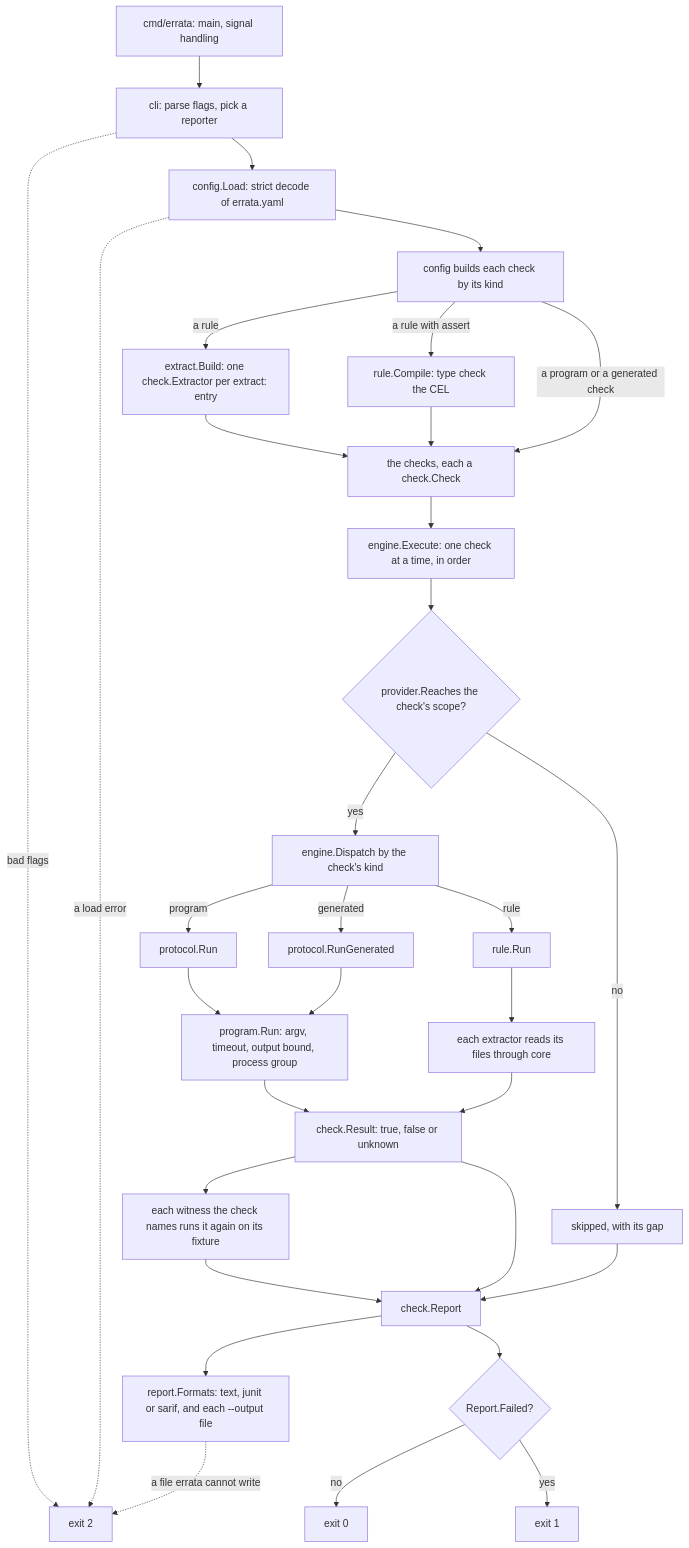
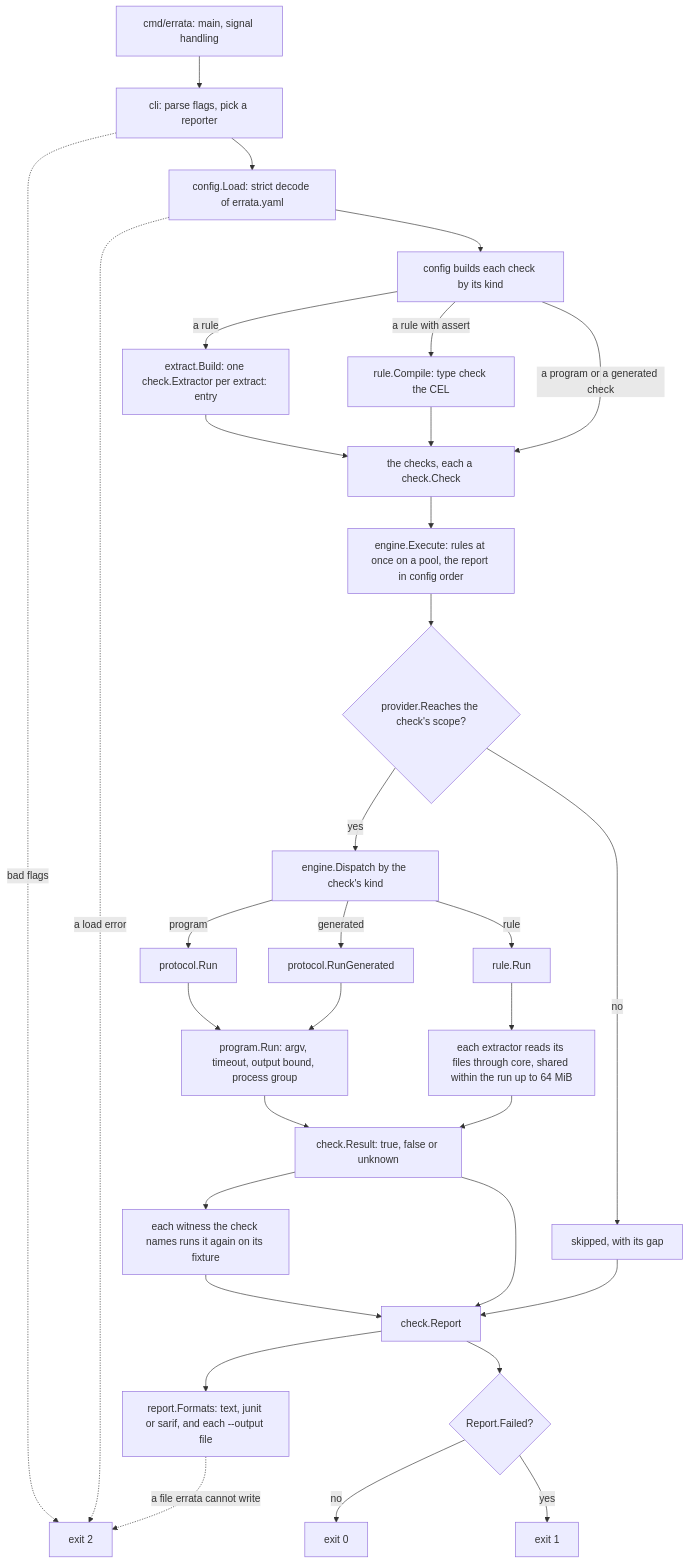
The first of 9 diagrams in docs/architecture.md (f-klement/errata), drawn with Mermaid before and after one commit. The commit also changed other lines of this file and 39 other files, not shown here.

````diff
--- a/docs/architecture.md
+++ b/docs/architecture.md
@@ -24,34 +24,34 @@
 ```mermaid
 flowchart TD
     main["cmd/errata: main, signal handling"] --> cli["cli: parse flags, pick a reporter"]
     cli --> load["config.Load: strict decode of errata.yaml"]
     cli -.->|"bad flags"| usage
     load --> build["config builds each check by its kind"]
     build -->|"a rule"| ext["extract.Build: one check.Extractor per extract: entry"]
     build -->|"a rule with assert"| compile["rule.Compile: type check the CEL"]
     ext --> checks["the checks, each a check.Check"]
     compile --> checks
     build -->|"a program or a generated check"| checks
     load -.->|"a load error"| usage["exit 2"]
-    checks --> exec["engine.Execute: one check at a time, in order"]
+    checks --> exec["engine.Execute: rules at once on a pool, the report in config order"]
     exec --> reach{"provider.Reaches the check's scope?"}
     reach -->|"no"| skip["skipped, with its gap"]
     reach -->|"yes"| dispatch["engine.Dispatch by the check's kind"]
     dispatch -->|"program"| prun["protocol.Run"]
     dispatch -->|"generated"| pgen["protocol.RunGenerated"]
     dispatch -->|"rule"| rrun["rule.Run"]
     prun --> proc["program.Run: argv, timeout, output bound, process group"]
     pgen --> proc
-    rrun --> read["each extractor reads its files through core"]
+    rrun --> read["each extractor reads its files through core, shared within the run up to 64 MiB"]
     proc --> result["check.Result: true, false or unknown"]
     read --> result
     result --> witness["each witness the check names runs it again on its fixture"]
     witness --> rep["check.Report"]
     result --> rep
     skip --> rep
     rep --> write["report.Formats: text, junit or sarif, and each --output file"]
     write -.->|"a file errata cannot write"| usage
     rep --> code{"Report.Failed?"}
     code -->|"no"| ok["exit 0"]
     code -->|"yes"| errata["exit 1"]
 ```
````
